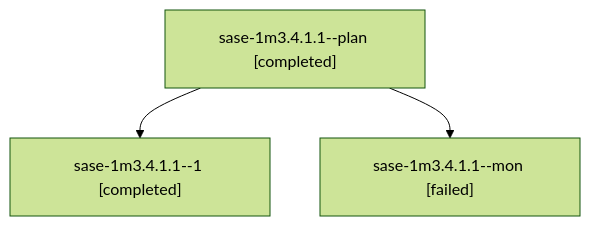
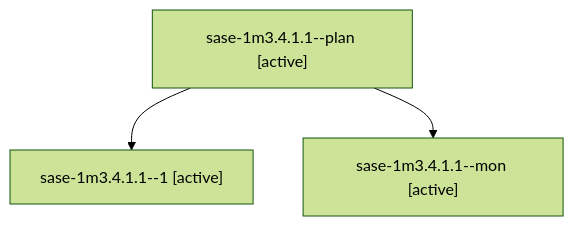
Before and after one commit to sase-org/sase--agents: the diagram in sessions/bbugyi200.apollo.sase-1m3.4.1.1.md, drawn with Mermaid (forest theme). The commit also changed other lines of this file and 87 other files, not shown here.

````diff
--- a/sessions/bbugyi200.apollo.sase-1m3.4.1.1.md
+++ b/sessions/bbugyi200.apollo.sase-1m3.4.1.1.md
@@ -9,8 +9,8 @@
 ```mermaid
 flowchart TD
-  n0["sase-1m3.4.1.1--plan [completed]"]
-  n1["sase-1m3.4.1.1--1 [completed]"]
+  n0["sase-1m3.4.1.1--plan [active]"]
+  n1["sase-1m3.4.1.1--1 [active]"]
   n0 --> n1
-  n2["sase-1m3.4.1.1--mon [failed]"]
+  n2["sase-1m3.4.1.1--mon [active]"]
   n0 --> n2
 ```
````
